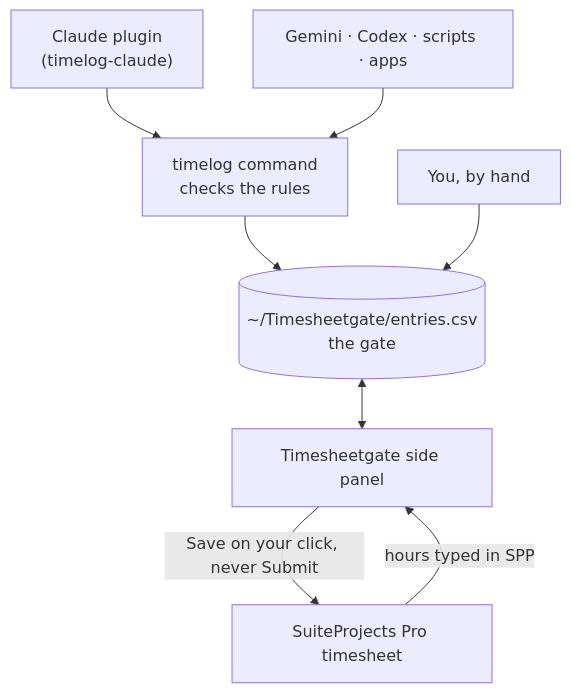
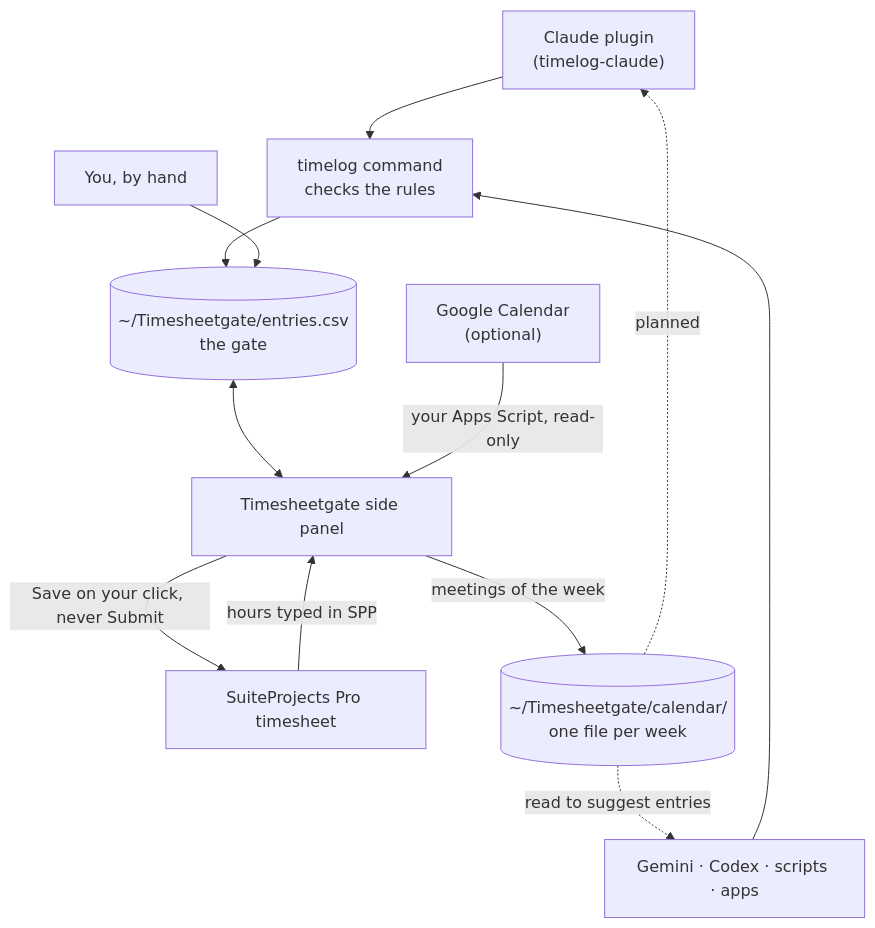
Before and after one commit to sedojj/timesheetgate: the diagram in README.md, drawn with Mermaid. The commit also changed other lines of this file, not shown here.

Commit message:
docs: calendar in the README diagram and parts table

````diff
--- a/README.md
+++ b/README.md
@@ -17,10 +17,14 @@
 ```mermaid
 flowchart TD
   claude["Claude plugin<br/>(timelog-claude)"] --> cli
   agents["Gemini · Codex · scripts · apps"] --> cli
   cli["timelog command<br/>checks the rules"] --> file
   you["You, by hand"] --> file
   file[("~/Timesheetgate/entries.csv<br/>the gate")] <--> panel["Timesheetgate side panel"]
   panel -- "Save on your click, never Submit" --> spp["SuiteProjects Pro timesheet"]
   spp -- "hours typed in SPP" --> panel
+  gcal["Google Calendar<br/>(optional)"] -- "your Apps Script, read-only" --> panel
+  panel -- "meetings of the week" --> cal[("~/Timesheetgate/calendar/<br/>one file per week")]
+  cal -. "read to suggest entries" .-> agents
+  cal -. "planned" .-> claude
 ```
````
